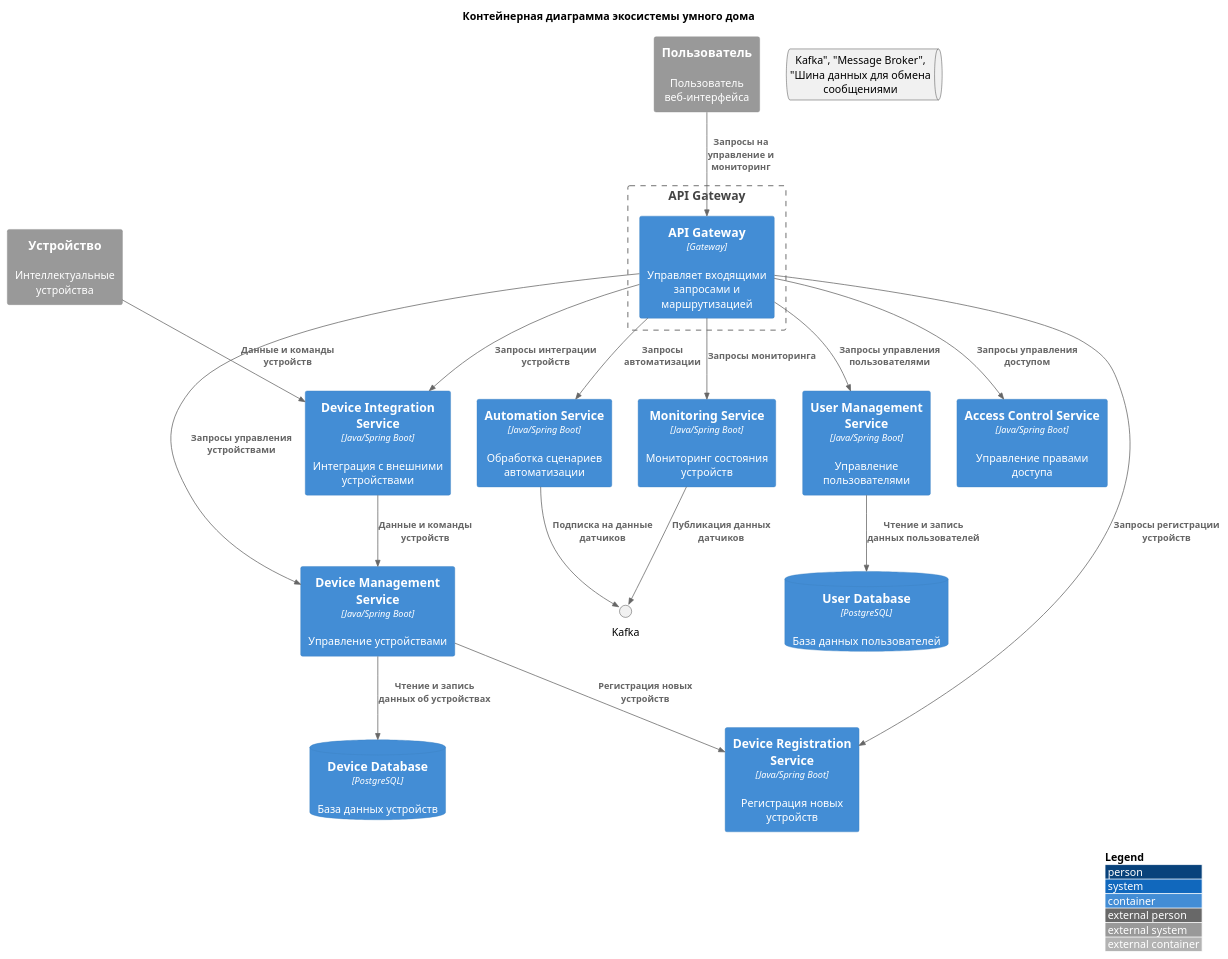
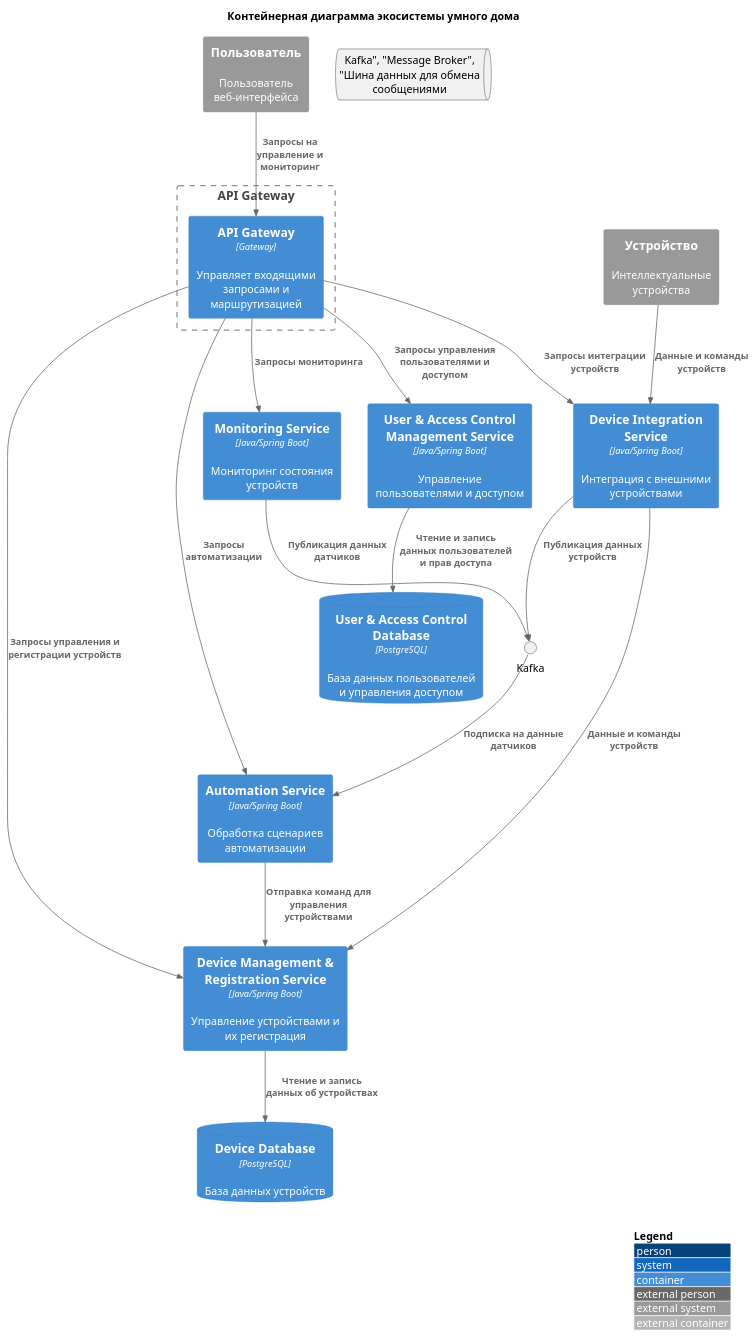
The diagram in Task1/Task1.2/Development of microservices architecture/containers/Containers diagram.puml (pitver/Software-Architecture), drawn with PlantUML before and after one commit. The commit also changed 21 other files, not shown here.

```diff
--- a/Task1/Task1.2/Development of microservices architecture/containers/Containers diagram.puml
+++ b/Task1/Task1.2/Development of microservices architecture/containers/Containers diagram.puml
@@ -1,46 +1,42 @@
 @startuml
 !include https://raw.githubusercontent.com/plantuml-stdlib/C4-PlantUML/master/C4_Container.puml
 LAYOUT_WITH_LEGEND()
 title Контейнерная диаграмма экосистемы умного дома
 
 ' Определение контейнеров
 Boundary(CB_API, "API Gateway") {
     Container(C_API, "API Gateway", "Gateway", "Управляет входящими запросами и маршрутизацией")
 }
 
-Container(C_Device_Management, "Device Management Service", "Java/Spring Boot", "Управление устройствами")
+Container(C_Device_Management, "Device Management & Registration Service", "Java/Spring Boot", "Управление устройствами и их регистрация")
 Container(C_Automation, "Automation Service", "Java/Spring Boot", "Обработка сценариев автоматизации")
 Container(C_Monitoring, "Monitoring Service", "Java/Spring Boot", "Мониторинг состояния устройств")
-Container(C_User_Management, "User Management Service", "Java/Spring Boot", "Управление пользователями")
-Container(C_Access_Control, "Access Control Service", "Java/Spring Boot", "Управление правами доступа")
-Container(C_Device_Registration, "Device Registration Service", "Java/Spring Boot", "Регистрация новых устройств")
+Container(C_User_Management, "User & Access Control Management Service", "Java/Spring Boot", "Управление пользователями и доступом")
 Container(C_Device_Integration, "Device Integration Service", "Java/Spring Boot", "Интеграция с внешними устройствами")
 
-ContainerDb(DB_User, "User Database", "PostgreSQL", "База данных пользователей")
+ContainerDb(DB_User, "User & Access Control Database", "PostgreSQL", "База данных пользователей и управления доступом")
 ContainerDb(DB_Device, "Device Database", "PostgreSQL", "База данных устройств")
 Queue "Kafka", "Message Broker", "Шина данных для обмена сообщениями"
 
 ' Определение внешних систем
 System_Ext(User, "Пользователь", "Пользователь веб-интерфейса")
 System_Ext(Device, "Устройство", "Интеллектуальные устройства")
 
 ' Определение связей
 Rel(User, C_API, "Запросы на управление и мониторинг")
-Rel(C_API, C_Device_Management, "Запросы управления устройствами")
+Rel(C_API, C_Device_Management, "Запросы управления и регистрации устройств")
 Rel(C_API, C_Automation, "Запросы автоматизации")
 Rel(C_API, C_Monitoring, "Запросы мониторинга")
-Rel(C_API, C_User_Management, "Запросы управления пользователями")
-Rel(C_API, C_Access_Control, "Запросы управления доступом")
-Rel(C_API, C_Device_Registration, "Запросы регистрации устройств")
+Rel(C_API, C_User_Management, "Запросы управления пользователями и доступом")
 Rel(C_API, C_Device_Integration, "Запросы интеграции устройств")
 
 Rel(C_Monitoring, Kafka, "Публикация данных датчиков")
-Rel(C_Automation, Kafka, "Подписка на данные датчиков")
+Rel(Kafka, C_Automation, "Подписка на данные датчиков")
+Rel(C_Device_Integration, Kafka, "Публикация данных устройств")
+Rel(C_Device_Integration, C_Device_Management, "Данные и команды устройств")
 Rel(C_Device_Management, DB_Device, "Чтение и запись данных об устройствах")
-Rel(C_User_Management, DB_User, "Чтение и запись данных пользователей")
+Rel(C_User_Management, DB_User, "Чтение и запись данных пользователей и прав доступа")
+Rel(C_Automation, C_Device_Management, "Отправка команд для управления устройствами")
 
 Rel(Device, C_Device_Integration, "Данные и команды устройств")
-Rel(C_Device_Integration, C_Device_Management, "Данные и команды устройств")
-Rel(C_Device_Management, C_Device_Registration, "Регистрация новых устройств")
-
 @enduml
```
